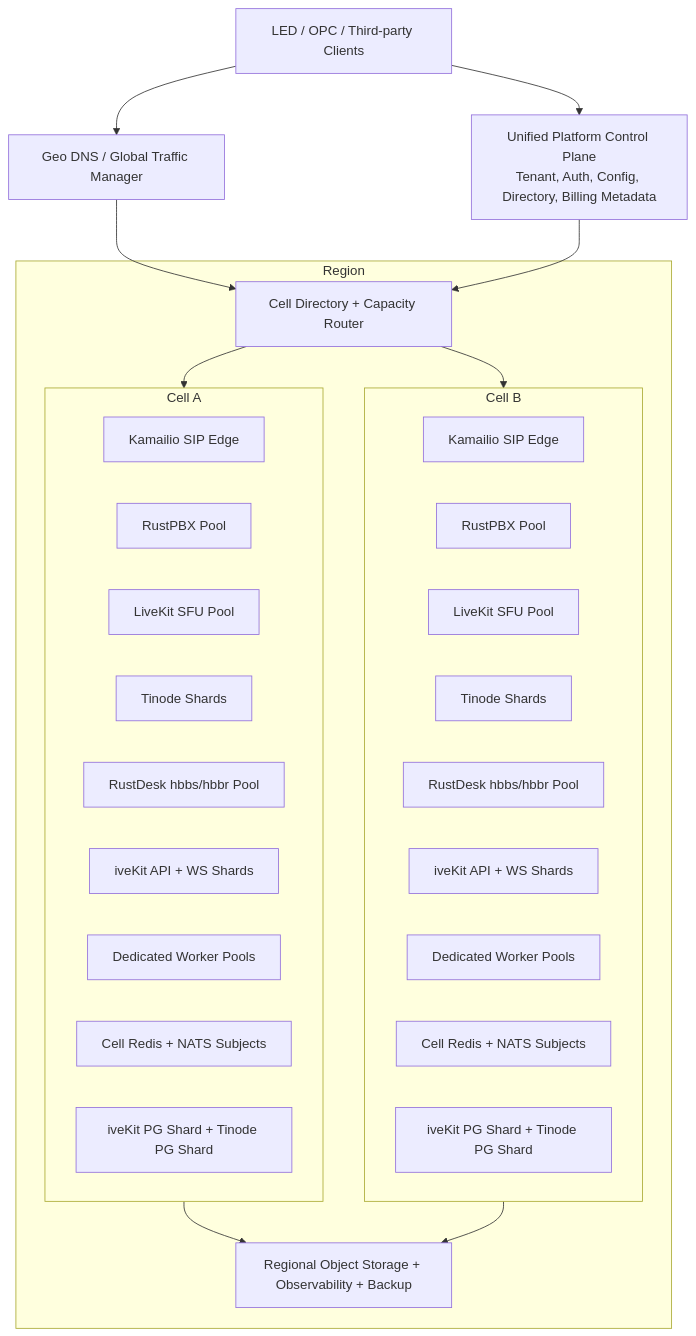
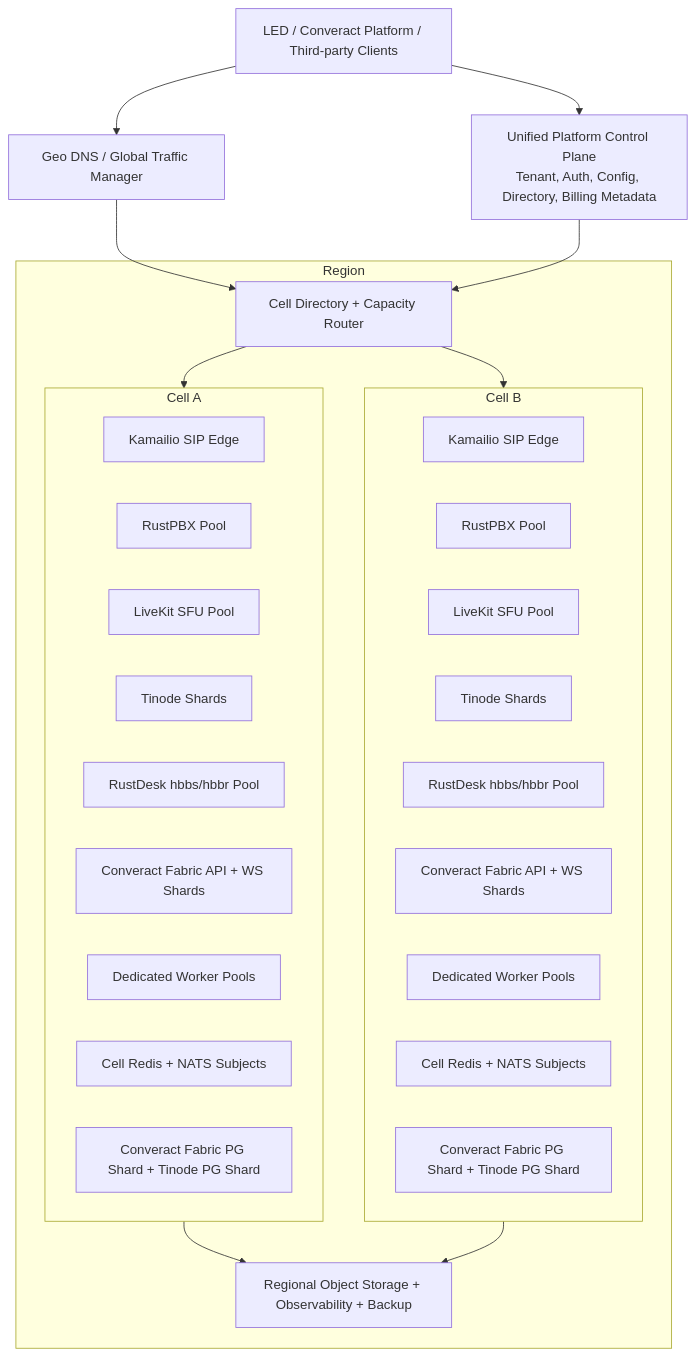
Before and after one commit to songgoldenwind-crypto/converact-platform: the diagram in docs/CCaaS十万并发容量对标与架构优化调研.md, drawn with Mermaid. The commit also changed other lines of this file and 1807 other files, not shown here.

````diff
--- a/docs/CCaaS十万并发容量对标与架构优化调研.md
+++ b/docs/CCaaS十万并发容量对标与架构优化调研.md
@@ -924,45 +924,45 @@
 ```mermaid
 flowchart TB
-  Client[LED / OPC / Third-party Clients]
+  Client[LED / Converact Platform / Third-party Clients]
   Global[Unified Platform Control Plane<br/>Tenant, Auth, Config, Directory, Billing Metadata]
   Geo[Geo DNS / Global Traffic Manager]
 
   Client --> Geo
   Client --> Global
 
   subgraph Region[Region]
     Router[Cell Directory + Capacity Router]
     Shared[Regional Object Storage + Observability + Backup]
 
     subgraph CellA[Cell A]
       SipA[Kamailio SIP Edge]
       PbxA[RustPBX Pool]
       LkA[LiveKit SFU Pool]
       ImA[Tinode Shards]
       RdA[RustDesk hbbs/hbbr Pool]
-      ApiA[iveKit API + WS Shards]
+      ApiA[Converact Fabric API + WS Shards]
       WorkerA[Dedicated Worker Pools]
       BusA[Cell Redis + NATS Subjects]
-      DbA[iveKit PG Shard + Tinode PG Shard]
+      DbA[Converact Fabric PG Shard + Tinode PG Shard]
     end
 
     subgraph CellB[Cell B]
       SipB[Kamailio SIP Edge]
       PbxB[RustPBX Pool]
       LkB[LiveKit SFU Pool]
       ImB[Tinode Shards]
       RdB[RustDesk hbbs/hbbr Pool]
-      ApiB[iveKit API + WS Shards]
+      ApiB[Converact Fabric API + WS Shards]
       WorkerB[Dedicated Worker Pools]
       BusB[Cell Redis + NATS Subjects]
-      DbB[iveKit PG Shard + Tinode PG Shard]
+      DbB[Converact Fabric PG Shard + Tinode PG Shard]
     end
   end
 
   Geo --> Router
   Router --> CellA
   Router --> CellB
   Global --> Router
   CellA --> Shared
   CellB --> Shared
 ```
````
